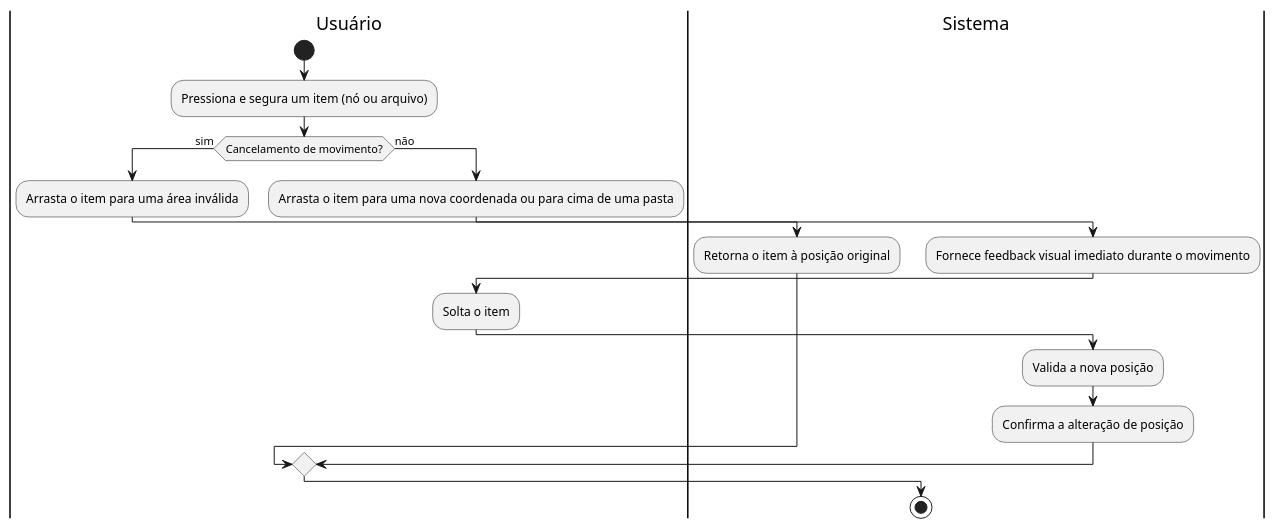
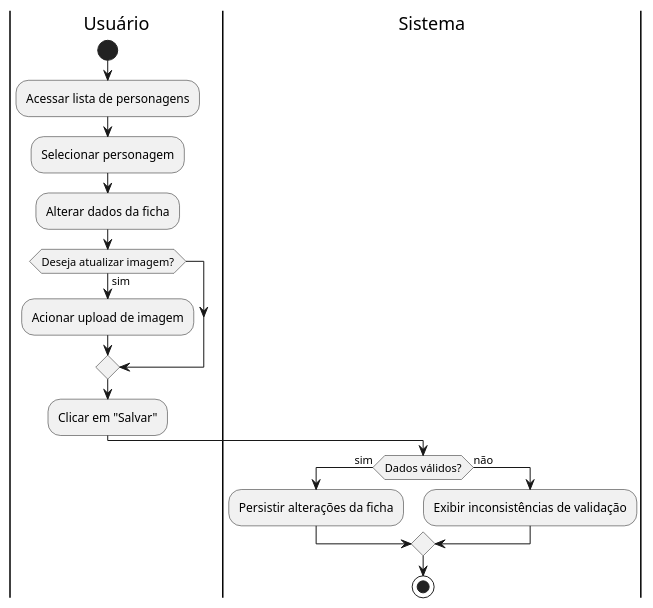
The diagram in docs/casosUso/uml/diagramas_atividade/diagrama_atividade_UC04.puml (aspiringluke/Projeto-Integrado-Mobile), drawn with PlantUML before and after one commit. The commit also changed 19 other files, not shown here.

Commit message:
docs: Diagramas de atividade ajustados aos casos de uso atuais

```diff
--- a/docs/casosUso/uml/diagramas_atividade/diagrama_atividade_UC04.puml
+++ b/docs/casosUso/uml/diagramas_atividade/diagrama_atividade_UC04.puml
@@ -1,29 +1,21 @@
 @startuml diagrama_UC04
 
 |Usuário|
 start
-:Pressiona e segura um item (nó ou arquivo);
+:Acessar lista de personagens;
+:Selecionar personagem;
+:Alterar dados da ficha;
+if (Deseja atualizar imagem?) then (sim)
+  :Acionar upload de imagem;
+endif
+:Clicar em "Salvar";
 
-if (Cancelamento de movimento?) then (sim)
-    |Usuário|
-    :Arrasta o item para uma área inválida;
-    
-    |Sistema|
-    :Retorna o item à posição original;
+|Sistema|
+if (Dados válidos?) then (sim)
+  :Persistir alterações da ficha;
 else (não)
-    |Usuário|
-    :Arrasta o item para uma nova coordenada ou para cima de uma pasta;
-
-    |Sistema|
-    :Fornece feedback visual imediato durante o movimento;
-    
-    |Usuário|
-    :Solta o item;
-
-    |Sistema|
-    :Valida a nova posição;
-    :Confirma a alteração de posição;
+  :Exibir inconsistências de validação;
 endif
 
 stop
 @enduml
```
